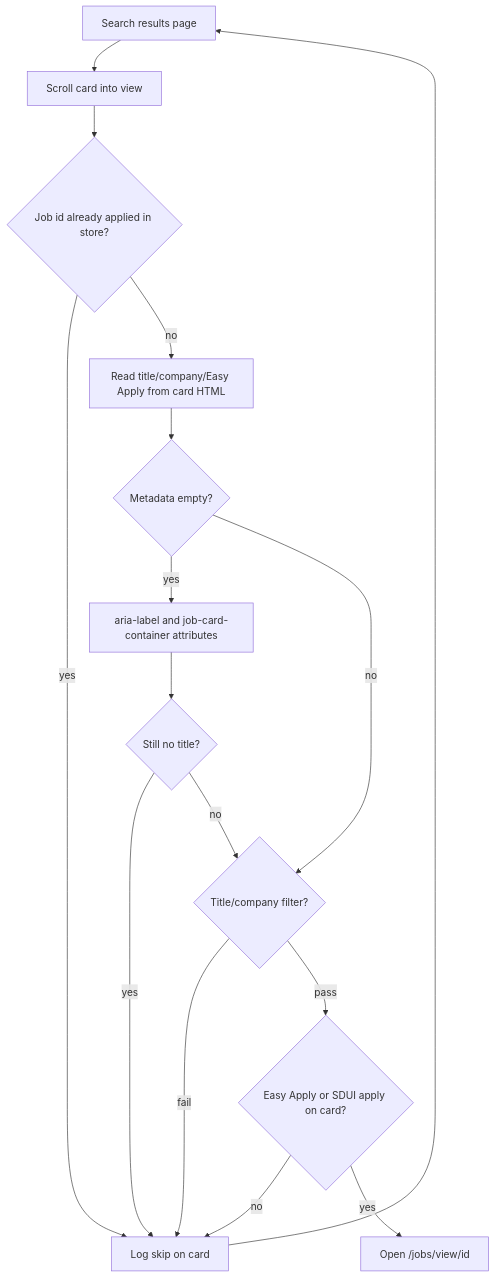
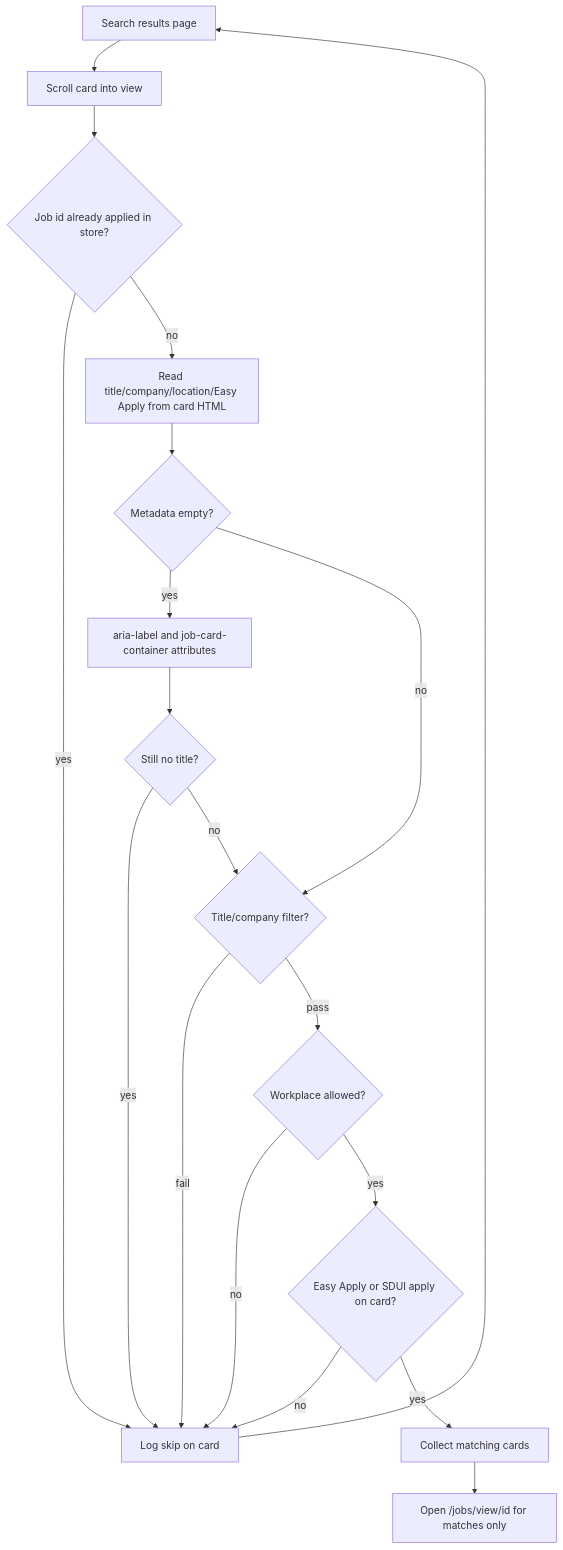
Before and after one commit to TapiwaChikwenya/linkedin-application-bot: the third of 3 diagrams in docs/running.md, drawn with Mermaid. The commit also changed other lines of this file and 39 other files, not shown here.

Commit message:
Fill leftover Easy Apply answers from grounded inference instead of leaving them blank.

````diff
--- a/docs/running.md
+++ b/docs/running.md
@@ -194,18 +259,21 @@
 ```mermaid
 flowchart TD
   A[Search results page] --> B[Scroll card into view]
   B --> C{Job id already applied in store?}
   C -->|yes| S[Log skip on card]
-  C -->|no| D[Read title/company/Easy Apply from card HTML]
+  C -->|no| D[Read title/company/location/Easy Apply from card HTML]
   D --> E{Metadata empty?}
   E -->|yes| F[aria-label and job-card-container attributes]
   F --> G{Still no title?}
   G -->|yes| S
   E -->|no| H{Title/company filter?}
   G -->|no| H
   H -->|fail| S
-  H -->|pass| I{Easy Apply or SDUI apply on card?}
+  H -->|pass| W{Workplace allowed?}
+  W -->|no| S
+  W -->|yes| I{Easy Apply or SDUI apply on card?}
   I -->|no| S
-  I -->|yes| J[Open /jobs/view/id]
+  I -->|yes| P[Collect matching cards]
   S --> A
+  P --> J[Open /jobs/view/id for matches only]
 ```
````
